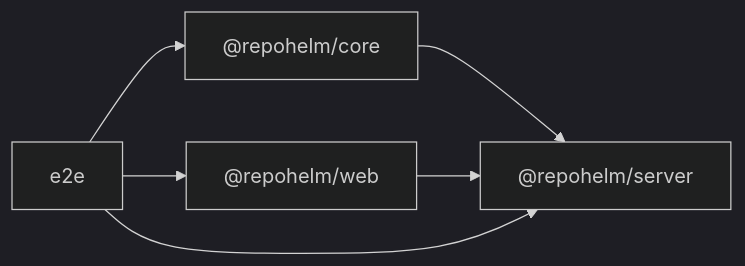
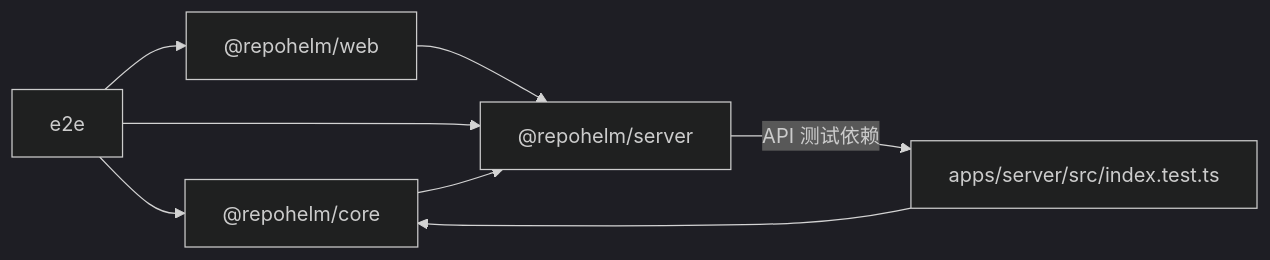
Before and after one commit to coconilu/RepoHelm: the eighth of 8 diagrams in .qoder/repowiki/zh/content/测试策略/测试策略.md, drawn with Mermaid (dark theme). The commit also changed other lines of this file and 14 other files, not shown here.

````diff
--- a/.qoder/repowiki/zh/content/测试策略/测试策略.md
+++ b/.qoder/repowiki/zh/content/测试策略/测试策略.md
@@ -310,8 +421,10 @@
 ```mermaid
 graph LR
 CORE["@repohelm/core"] --> SERVER["@repohelm/server"]
 WEB["@repohelm/web"] --> SERVER
 E2E["e2e"] --> WEB
 E2E --> SERVER
 E2E --> CORE
+SERVER --> |"API 测试依赖"| API_TEST["apps/server/src/index.test.ts"]
+API_TEST --> CORE
 ```
````
